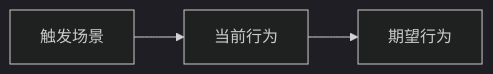
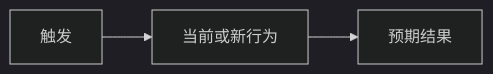
One commit to sltc-dev/core-foundry changed the diagram in skills/coding/change-spec-planner/assets/templates/lite.md. Above: the diagram before and after it, drawn with Mermaid (dark theme). The commit also changed other lines of this file and 7 other files, not shown here.

````diff
--- a/skills/coding/change-spec-planner/assets/templates/lite.md
+++ b/skills/coding/change-spec-planner/assets/templates/lite.md
@@ -22,5 +24,5 @@
 ```mermaid
 flowchart LR
-    A["触发场景"] --> B["当前行为"]
-    B --> C["期望行为"]
+    A["触发"] --> B["当前或新行为"]
+    B --> C["预期结果"]
 ```
````
